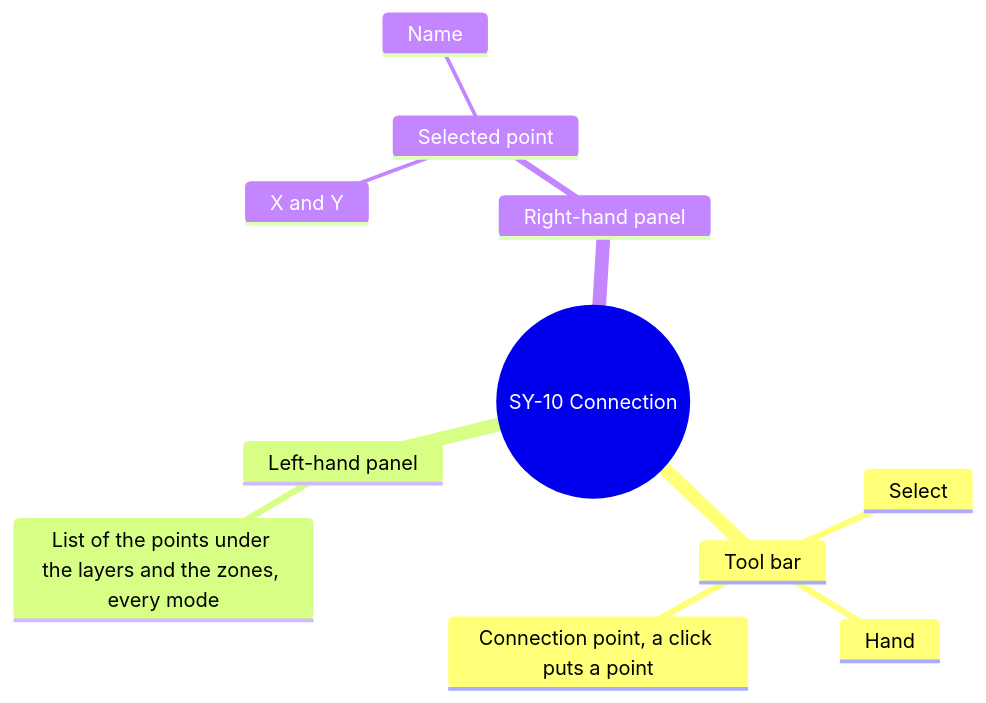
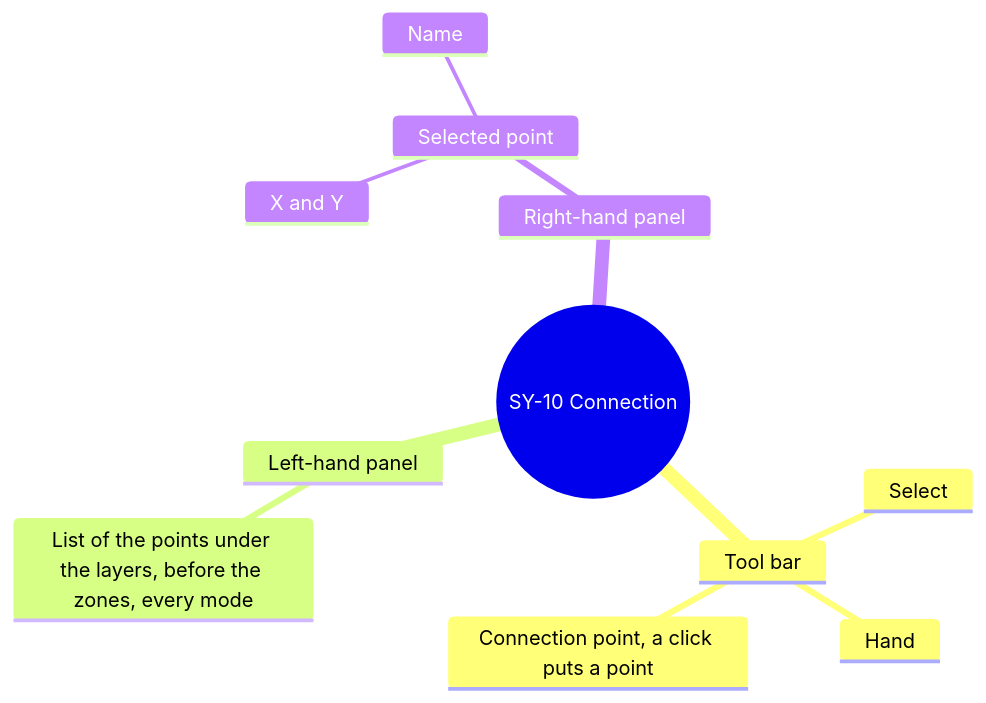
Diagram 12 of 16 in screens/symbols.md (AlexandreGallais/synoptic-studio-spec), drawn with Mermaid before and after one commit. The commit also changed other lines of this file and 4 other files, not shown here.

First line of the commit message:
docs(symbols): connection points before zones, a mode icon on each list title

````diff
--- a/screens/symbols.md
+++ b/screens/symbols.md
@@ -542,14 +542,14 @@
 ```mermaid
 mindmap
   root((SY-10 Connection))
     Tool bar
       Select
       Hand
       Connection point, a click puts a point
     Left-hand panel
-      List of the points under the layers and the zones, every mode
+      List of the points under the layers, before the zones, every mode
     Right-hand panel
       Selected point
         Name
         X and Y
 ```
````
